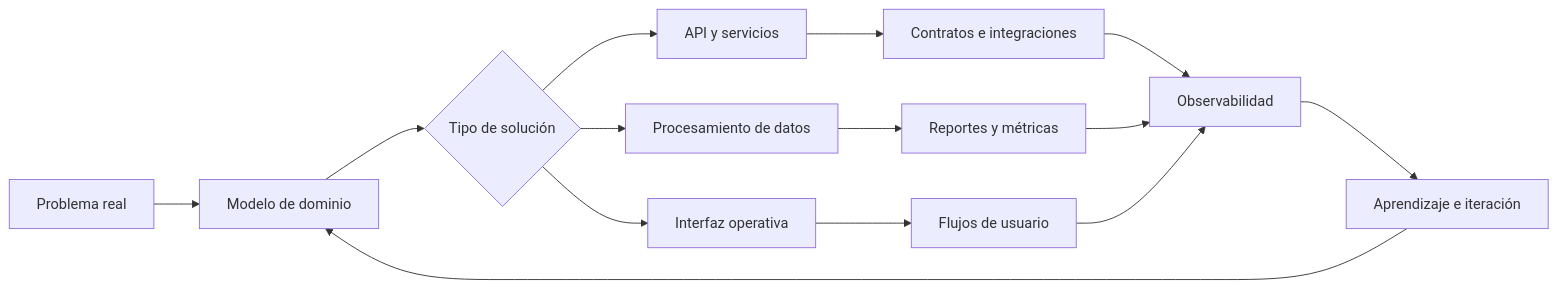
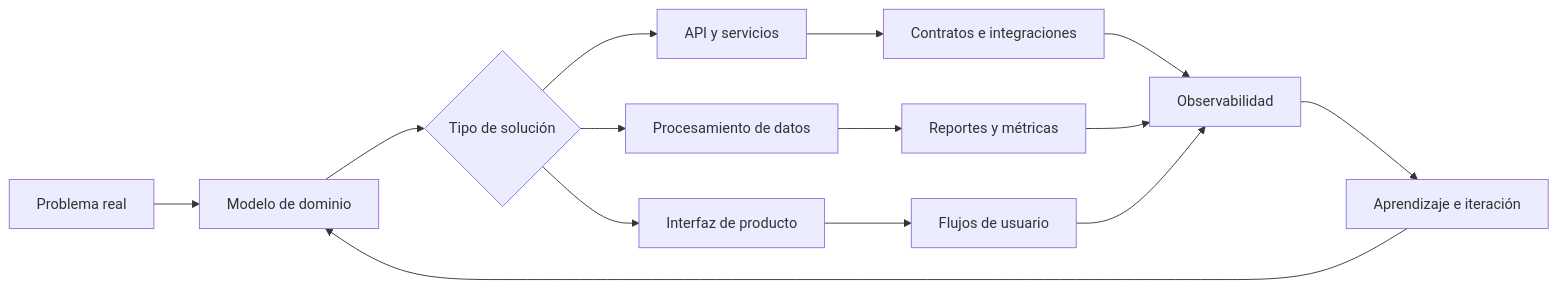
The diagram in README.md (PipeFck/PipeFck), drawn with Mermaid before and after one commit. The commit also changed other lines of this file, not shown here.

````diff
--- a/README.md
+++ b/README.md
@@ -75,20 +86,20 @@
 ```mermaid
 flowchart LR
     A["Problema real"] --> B["Modelo de dominio"]
     B --> C{"Tipo de solución"}
 
     C --> D["API y servicios"]
     C --> E["Procesamiento de datos"]
-    C --> F["Interfaz operativa"]
+    C --> F["Interfaz de producto"]
 
     D --> G["Contratos e integraciones"]
     E --> H["Reportes y métricas"]
     F --> I["Flujos de usuario"]
 
     G --> J["Observabilidad"]
     H --> J
     I --> J
 
     J --> K["Aprendizaje e iteración"]
     K --> B
 ```
````
